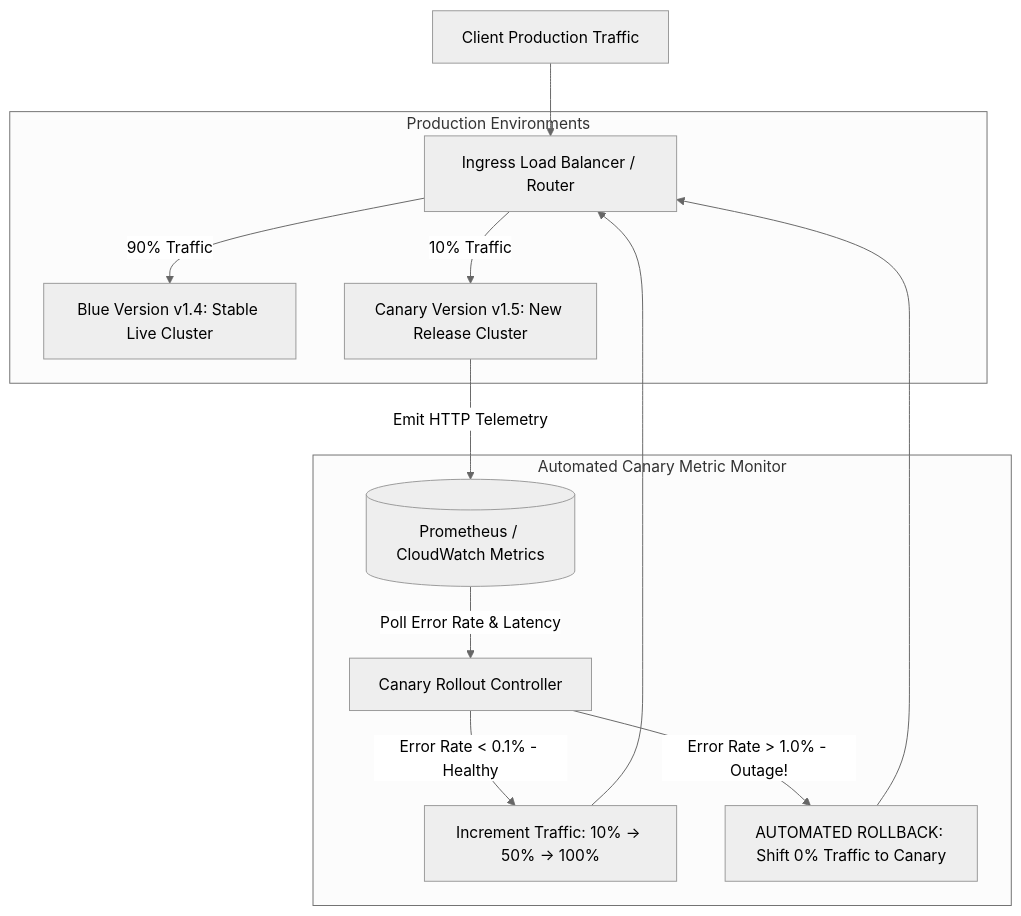
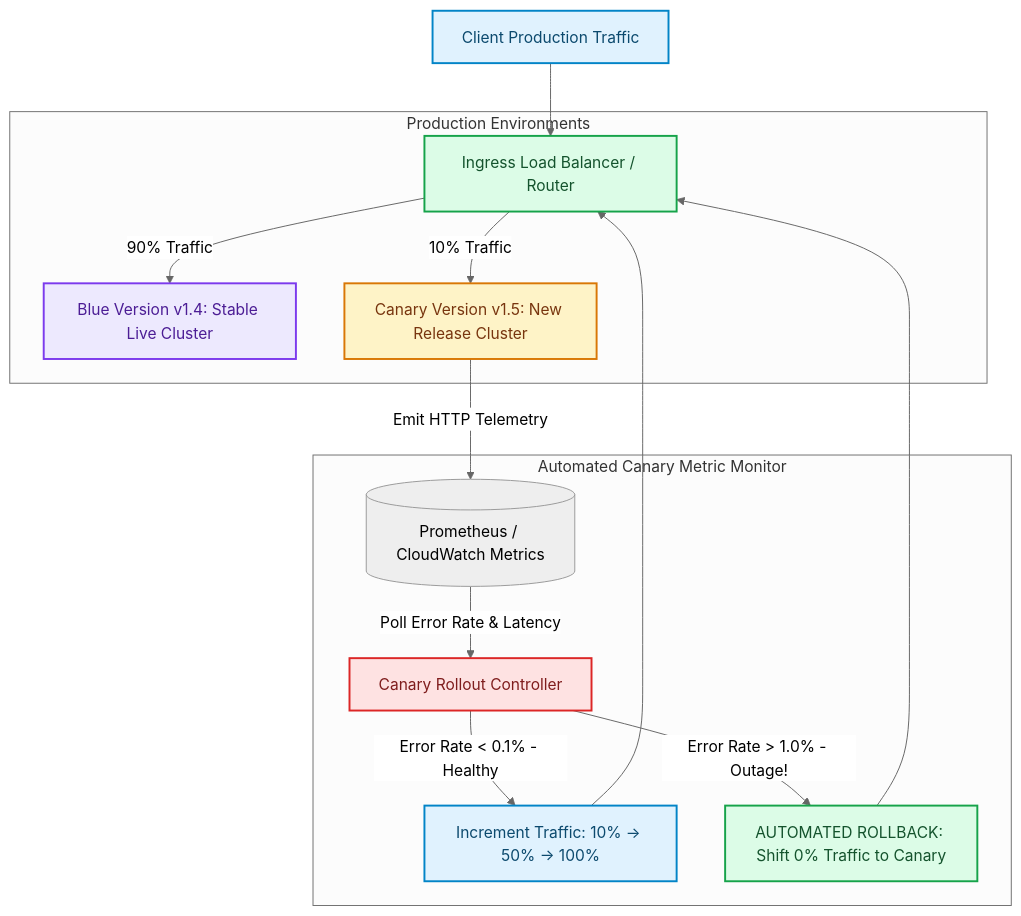
Before and after one commit to akmalkhaniub/akmalkhaniub.github.io: the diagram in blog/posts/immutable-infrastructure-deployment-blue-green-canary-rollouts.md, drawn with Mermaid (neutral theme). The commit also changed other lines of this file and 1291 other files, not shown here.

First line of the commit message:
feat(catalog): unique covers, scholarly references, and diagram palettes

````diff
--- a/blog/posts/immutable-infrastructure-deployment-blue-green-canary-rollouts.md
+++ b/blog/posts/immutable-infrastructure-deployment-blue-green-canary-rollouts.md
@@ -17,20 +17,31 @@
 ```mermaid
 flowchart TD
-  User[Client Production Traffic] --> Router[Ingress Load Balancer / Router]
+  User["Client Production Traffic"] --> Router["Ingress Load Balancer / Router"]
   
   subgraph SG1_ProductionEnvironments ["Production Environments"]
-    Router -->|90% Traffic| Blue[Blue Version v1.4: Stable Live Cluster]
-    Router -->|10% Traffic| Canary[Canary Version v1.5: New Release Cluster]
+    Router -->|90% Traffic| Blue["Blue Version v1.4: Stable Live Cluster"]
+    Router -->|10% Traffic| Canary["Canary Version v1.5: New Release Cluster"]
   end
   
   subgraph SG2_AutomatedCanaryMetric ["Automated Canary Metric Monitor"]
     Canary -->|Emit HTTP Telemetry| Prometheus[(Prometheus / CloudWatch Metrics)]
-    Prometheus -->|Poll Error Rate & Latency| Controller[Canary Rollout Controller]
+    Prometheus -->|Poll Error Rate & Latency| Controller["Canary Rollout Controller"]
     
-    Controller -->|Error Rate < 0.1% - Healthy| StepUp[Increment Traffic: 10% -> 50% -> 100%]
-    Controller -->|Error Rate > 1.0% - Outage!| Rollback[AUTOMATED ROLLBACK: Shift 0% Traffic to Canary]
+    Controller -->|Error Rate < 0.1% - Healthy| StepUp["Increment Traffic: 10% -> 50% -> 100%"]
+    Controller -->|Error Rate > 1.0% - Outage!| Rollback["AUTOMATED ROLLBACK: Shift 0% Traffic to Canary"]
   end
   
   StepUp --> Router
   Rollback --> Router
+
+classDef green fill:#dcfce7,stroke:#16a34a,stroke-width:2px,color:#14532d;
+classDef red fill:#fee2e2,stroke:#dc2626,stroke-width:2px,color:#7f1d1d;
+classDef blue fill:#e0f2fe,stroke:#0284c7,stroke-width:2px,color:#0c4a6e;
+classDef yellow fill:#fef3c7,stroke:#d97706,stroke-width:2px,color:#78350f;
+classDef purple fill:#ede9fe,stroke:#7c3aed,stroke-width:2px,color:#4c1d95;
+class User,StepUp blue
+class Router,Rollback green
+class Blue purple
+class Canary yellow
+class Controller red
 ```
````
